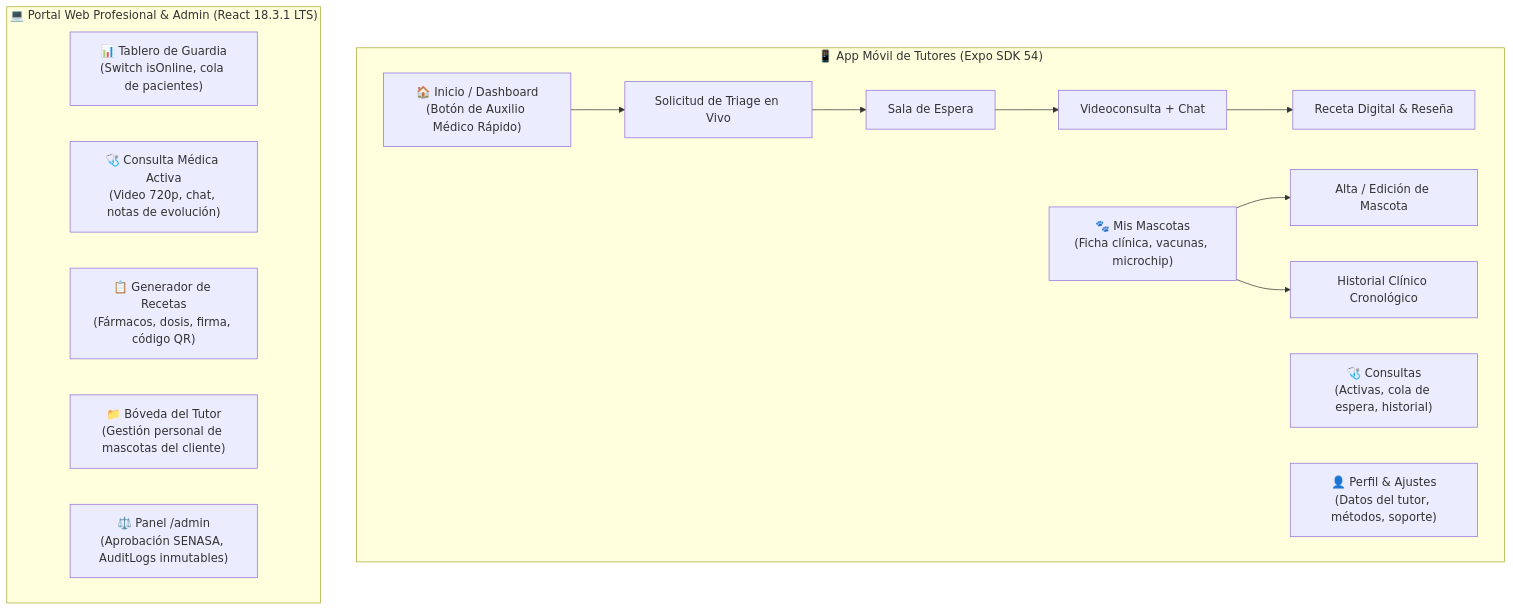
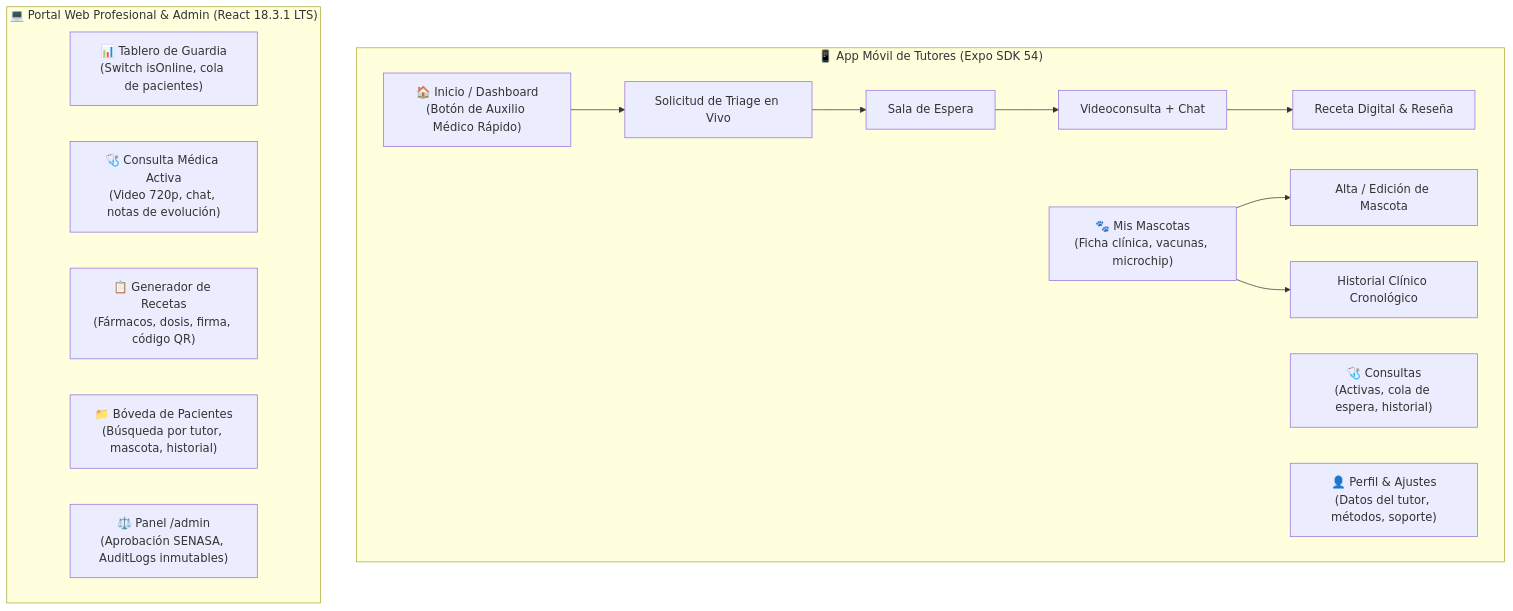
The second of 3 diagrams in docs/SISTEMA_DE_DISENO.md (grupo-pinnacle/VetConnect), drawn with Mermaid before and after one commit. The commit also changed other lines of this file and 28 other files, not shown here.

````diff
--- a/docs/SISTEMA_DE_DISENO.md
+++ b/docs/SISTEMA_DE_DISENO.md
@@ -89,23 +89,23 @@
 ```mermaid
 graph TD
     subgraph Mobile["📱 App Móvil de Tutores (Expo SDK 54)"]
         M1["🏠 Inicio / Dashboard\n(Botón de Auxilio Médico Rápido)"]
         M2["🐾 Mis Mascotas\n(Ficha clínica, vacunas, microchip)"]
         M3["🩺 Consultas\n(Activas, cola de espera, historial)"]
         M4["👤 Perfil & Ajustes\n(Datos del tutor, métodos, soporte)"]
         M1 --> M1_1["Solicitud de Triage en Vivo"]
         M1_1 --> M1_2["Sala de Espera"]
         M1_2 --> M1_3["Videoconsulta + Chat"]
         M1_3 --> M1_4["Receta Digital & Reseña"]
         M2 --> M2_1["Alta / Edición de Mascota"]
         M2 --> M2_2["Historial Clínico Cronológico"]
     end
 
     subgraph Web["💻 Portal Web Profesional & Admin (React 18.3.1 LTS)"]
         W1["📊 Tablero de Guardia\n(Switch isOnline, cola de pacientes)"]
         W2["🩺 Consulta Médica Activa\n(Video 720p, chat, notas de evolución)"]
         W3["📋 Generador de Recetas\n(Fármacos, dosis, firma, código QR)"]
-        W4["📁 Bóveda del Tutor\n(Gestión personal de mascotas del cliente)"]
+        W4["📁 Bóveda de Pacientes\n(Búsqueda por tutor, mascota, historial)"]
         W5["⚖️ Panel /admin\n(Aprobación SENASA, AuditLogs inmutables)"]
     end
 ```
````
